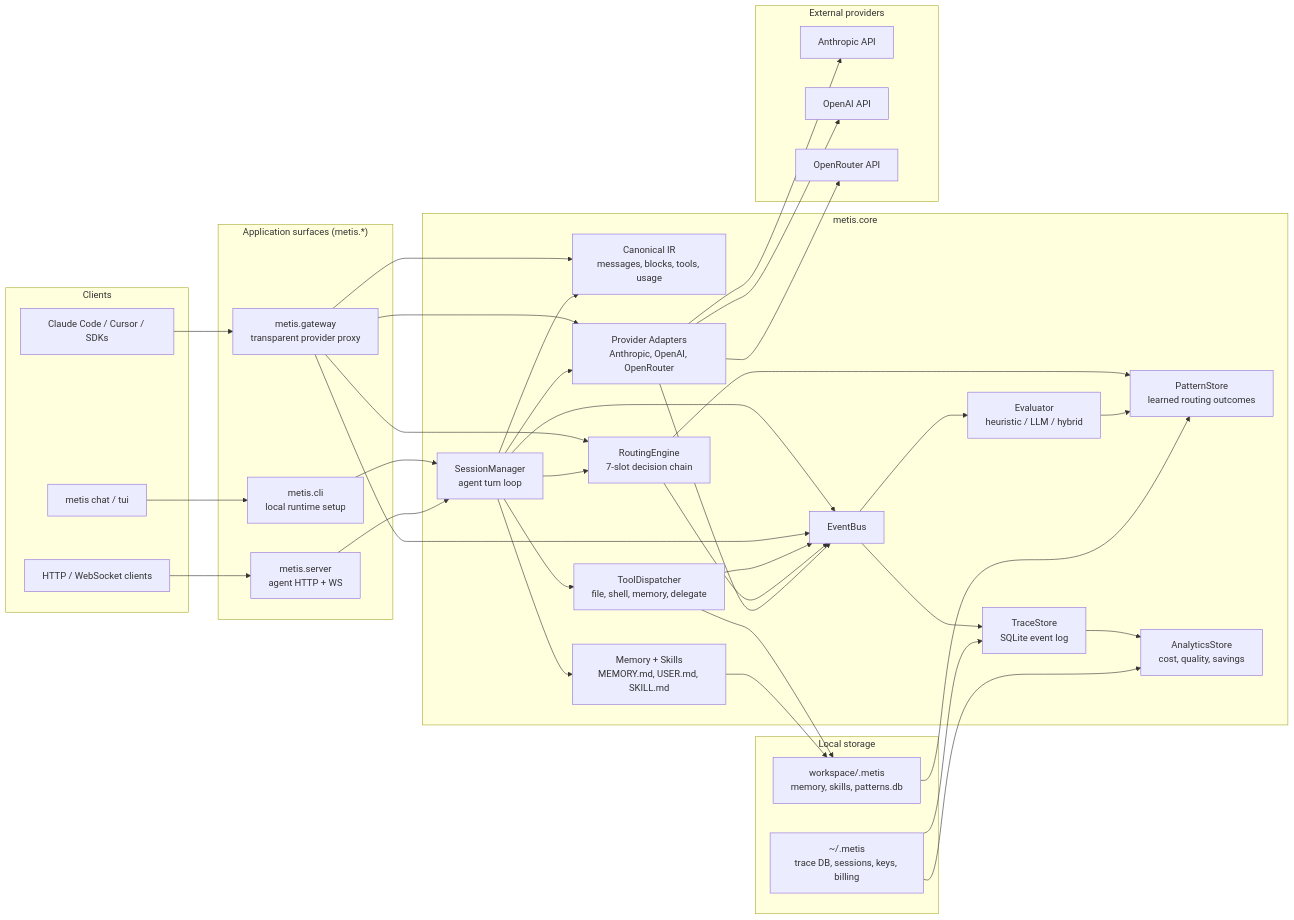
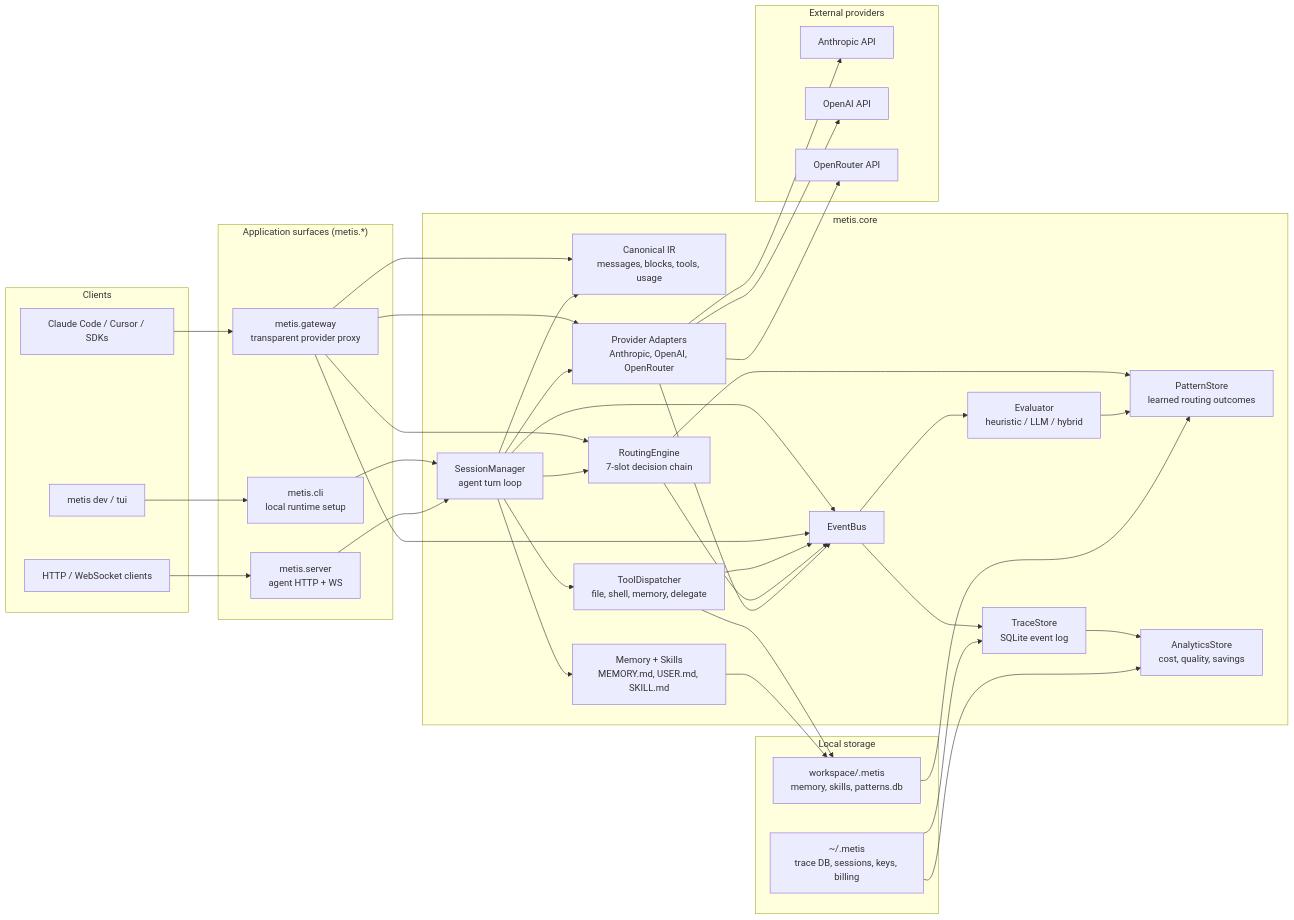
Before and after one commit to david-2814/metis: the diagram in README.md, drawn with Mermaid. The commit also changed other lines of this file and 19 other files, not shown here.

First line of the commit message:
Add `metis dev` as the advised alias of `metis chat` (#37)

````diff
--- a/README.md
+++ b/README.md
@@ -153,78 +156,78 @@
 ```mermaid
 flowchart LR
   subgraph Clients
-    CLI["metis chat / tui"]
+    CLI["metis dev / tui"]
     HTTP["HTTP / WebSocket clients"]
     SDK["Claude Code / Cursor / SDKs"]
   end
 
   subgraph Apps["Application surfaces (metis.*)"]
     CLIApp["metis.cli<br/>local runtime setup"]
     Server["metis.server<br/>agent HTTP + WS"]
     Gateway["metis.gateway<br/>transparent provider proxy"]
   end
 
   subgraph Core["metis.core"]
     Canonical["Canonical IR<br/>messages, blocks, tools, usage"]
     Sessions["SessionManager<br/>agent turn loop"]
     Routing["RoutingEngine<br/>7-slot decision chain"]
     Tools["ToolDispatcher<br/>file, shell, memory, delegate"]
     Memory["Memory + Skills<br/>MEMORY.md, USER.md, SKILL.md"]
     Adapters["Provider Adapters<br/>Anthropic, OpenAI, OpenRouter"]
     Bus["EventBus"]
     Trace["TraceStore<br/>SQLite event log"]
     Eval["Evaluator<br/>heuristic / LLM / hybrid"]
     Patterns["PatternStore<br/>learned routing outcomes"]
     Analytics["AnalyticsStore<br/>cost, quality, savings"]
   end
 
   subgraph Storage["Local storage"]
     Workspace["workspace/.metis<br/>memory, skills, patterns.db"]
     Home["~/.metis<br/>trace DB, sessions, keys, billing"]
   end
 
   subgraph Providers["External providers"]
     Anthropic["Anthropic API"]
     OpenAI["OpenAI API"]
     OpenRouter["OpenRouter API"]
   end
 
   CLI --> CLIApp
   HTTP --> Server
   SDK --> Gateway
 
   CLIApp --> Sessions
   Server --> Sessions
 
   Gateway --> Canonical
   Gateway --> Routing
   Gateway --> Adapters
 
   Sessions --> Canonical
   Sessions --> Routing
   Sessions --> Tools
   Sessions --> Memory
   Sessions --> Adapters
 
   Routing --> Patterns
   Tools --> Workspace
   Memory --> Workspace
 
   Adapters --> Anthropic
   Adapters --> OpenAI
   Adapters --> OpenRouter
 
   Sessions --> Bus
   Gateway --> Bus
   Tools --> Bus
   Routing --> Bus
   Adapters --> Bus
 
   Bus --> Trace
   Bus --> Eval
   Eval --> Patterns
   Trace --> Analytics
   Workspace --> Patterns
   Home --> Trace
   Home --> Analytics
 ```
````
